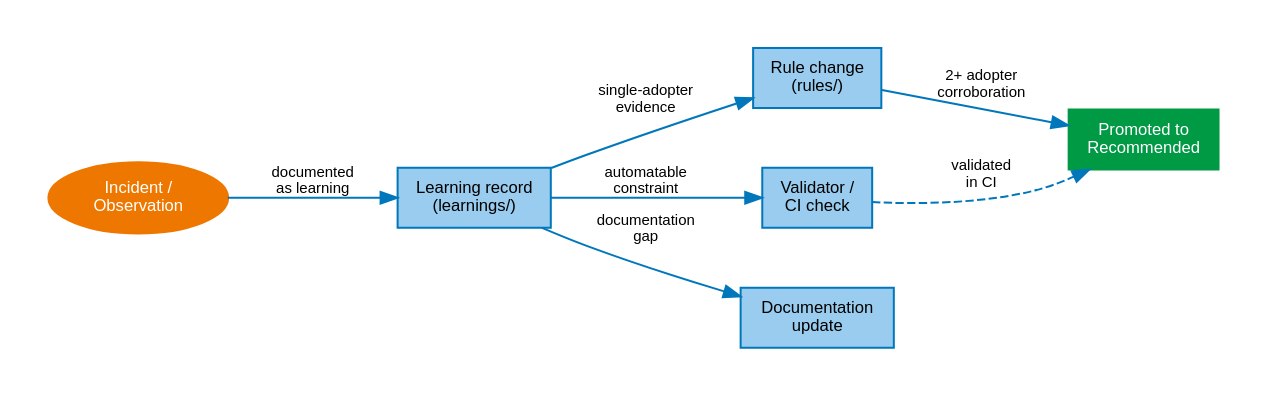
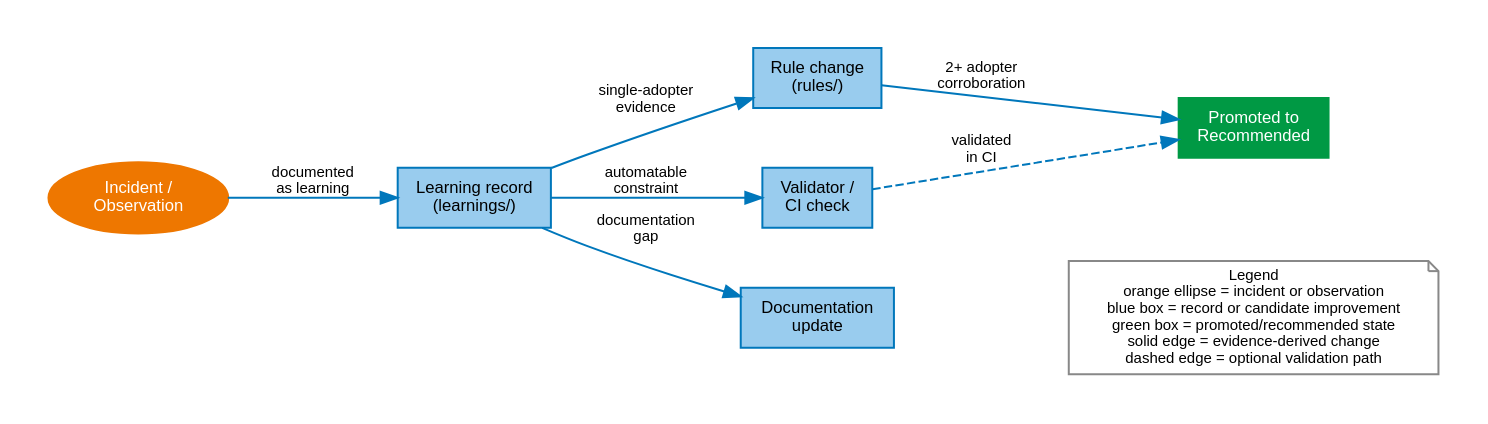
One commit to janipaijanen/agf-mirror changed the diagram in agf/docs/figures/src/evidence-lifecycle.dot. Above: the diagram before and after it, drawn with Graphviz. The commit also changed 23 other files, not shown here.

```diff
--- a/agf/docs/figures/src/evidence-lifecycle.dot
+++ b/agf/docs/figures/src/evidence-lifecycle.dot
@@ -1,28 +1,32 @@
 // SPDX-License-Identifier: CC-BY-SA-4.0
 // agents-govern: evidence lifecycle (incident → learning → improvement)
 // Generate: dot -Tsvg evidence-lifecycle.dot -o ../evidence-lifecycle.svg
 digraph evidence_lifecycle {
     graph [rankdir=LR, splines=spline, pad=0.3, nodesep=0.5, ranksep=0.6,
            fontname="Helvetica", fontsize=11]
     node  [fontname="Helvetica", fontsize=10, style=filled, shape=box,
            fillcolor="#99CCEE", color="#0077BB", penwidth=1.2]
     edge  [fontname="Helvetica", fontsize=9, color="#0077BB", penwidth=1.2]
 
     incident  [label="Incident /\nObservation", shape=ellipse,
                fillcolor="#EE7700", fontcolor=white, color="#EE7700"]
     learning  [label="Learning record\n(learnings/)", fillcolor="#99CCEE"]
     rule      [label="Rule change\n(rules/)", fillcolor="#99CCEE"]
     tool      [label="Validator /\nCI check", fillcolor="#99CCEE"]
     doc       [label="Documentation\nupdate", fillcolor="#99CCEE"]
     promoted  [label="Promoted to\nRecommended", fillcolor="#009944",
                fontcolor=white, color="#009944"]
 
     incident -> learning [label="documented\nas learning"]
     learning -> rule     [label="single-adopter\nevidence"]
     learning -> tool     [label="automatable\nconstraint"]
     learning -> doc      [label="documentation\ngap"]
     rule     -> promoted [label="2+ adopter\ncorroboration"]
     tool     -> promoted [style=dashed, label="validated\nin CI"]
 
     {rank=same; rule tool doc}
+
+    legend [label="Legend\norange ellipse = incident or observation\nblue box = record or candidate improvement\ngreen box = promoted/recommended state\nsolid edge = evidence-derived change\ndashed edge = optional validation path",
+            shape=note, fillcolor=white, color="#888888", fontsize=9]
+    doc -> legend [style=invis]
 }
```
